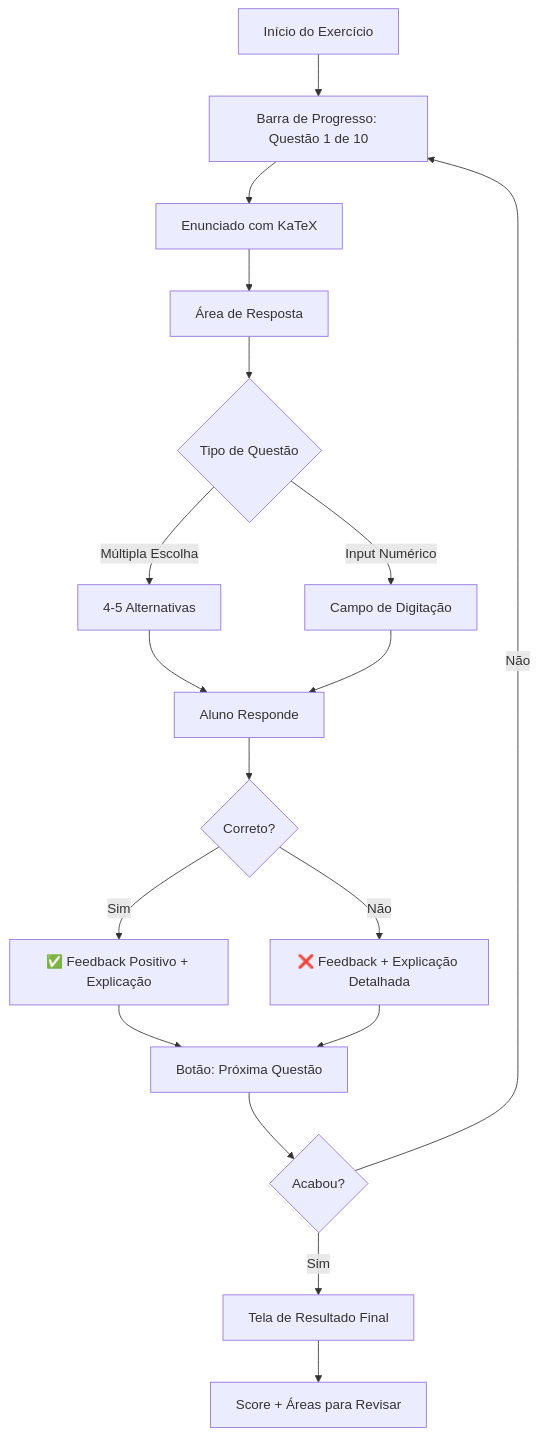
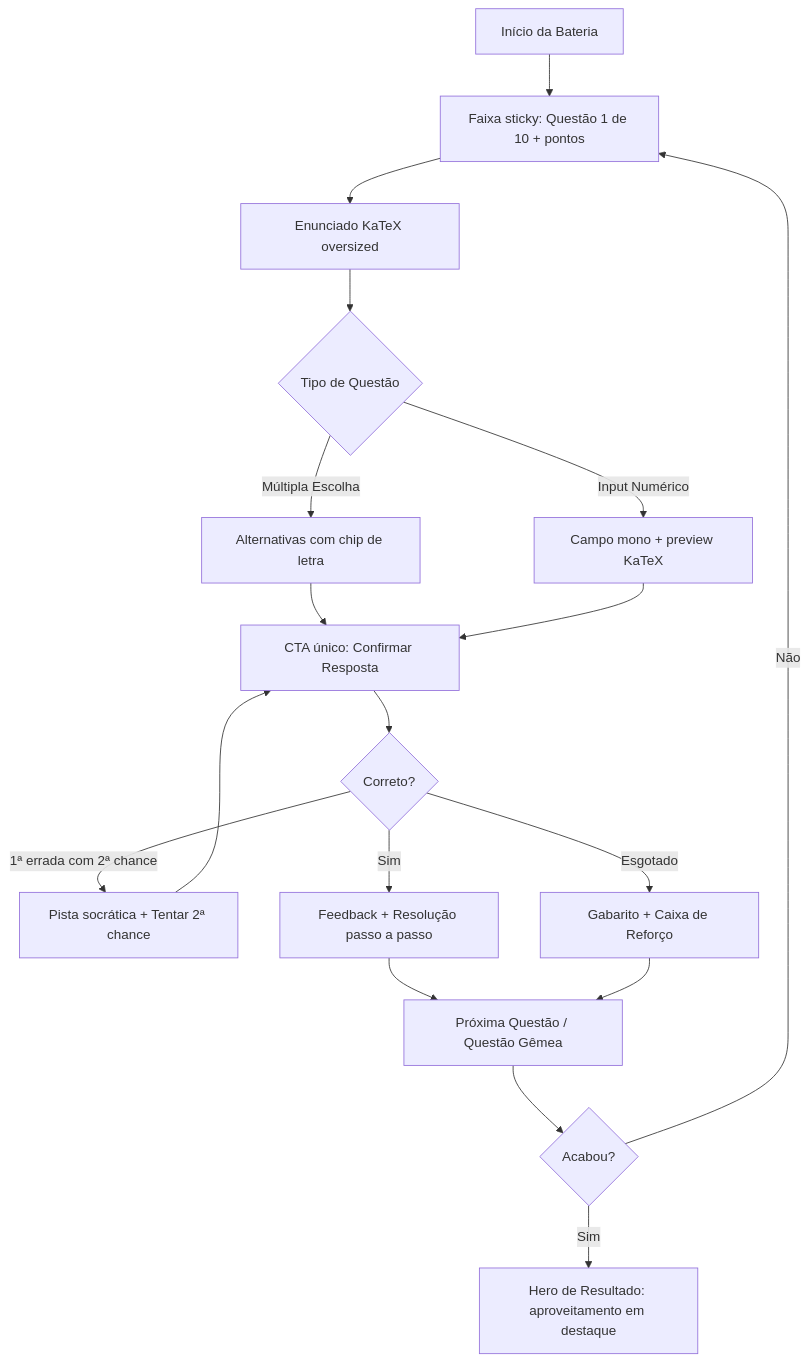
One commit to SiadeLucas/Tutor-Inteligente changed the fourth of 6 diagrams in docs-site/docs/modules/interface/flow/telas-aluno.md. Above: the diagram before and after it, drawn with Mermaid. The commit also changed other lines of this file and 70 other files, not shown here.

````diff
--- a/docs-site/docs/modules/interface/flow/telas-aluno.md
+++ b/docs-site/docs/modules/interface/flow/telas-aluno.md
@@ -82,20 +103,20 @@
 ```mermaid
 flowchart TD
-    A["Início do Exercício"] --> B["Barra de Progresso: Questão 1 de 10"]
-    B --> C["Enunciado com KaTeX"]
-    C --> D["Área de Resposta"]
-    D --> E{"Tipo de Questão"}
-    E -->|Múltipla Escolha| F["4-5 Alternativas"]
-    E -->|Input Numérico| G["Campo de Digitação"]
-    F --> H["Aluno Responde"]
+    A["Início da Bateria"] --> B["Faixa sticky: Questão 1 de 10 + pontos"]
+    B --> C["Enunciado KaTeX oversized"]
+    C --> D{"Tipo de Questão"}
+    D -->|Múltipla Escolha| F["Alternativas com chip de letra"]
+    D -->|Input Numérico| G["Campo mono + preview KaTeX"]
+    F --> H["CTA único: Confirmar Resposta"]
     G --> H
     H --> I{"Correto?"}
-    I -->|Sim| J["✅ Feedback Positivo + Explicação"]
-    I -->|Não| K["❌ Feedback + Explicação Detalhada"]
-    J --> L["Botão: Próxima Questão"]
-    K --> L
+    I -->|1ª errada com 2ª chance| K["Pista socrática + Tentar 2ª chance"]
+    I -->|Sim| J["Feedback + Resolução passo a passo"]
+    I -->|Esgotado| J2["Gabarito + Caixa de Reforço"]
+    J --> L["Próxima Questão / Questão Gêmea"]
+    J2 --> L
+    K --> H
     L --> M{"Acabou?"}
     M -->|Não| B
-    M -->|Sim| N["Tela de Resultado Final"]
-    N --> O["Score + Áreas para Revisar"]
+    M -->|Sim| N["Hero de Resultado: aproveitamento em destaque"]
 ```
````
